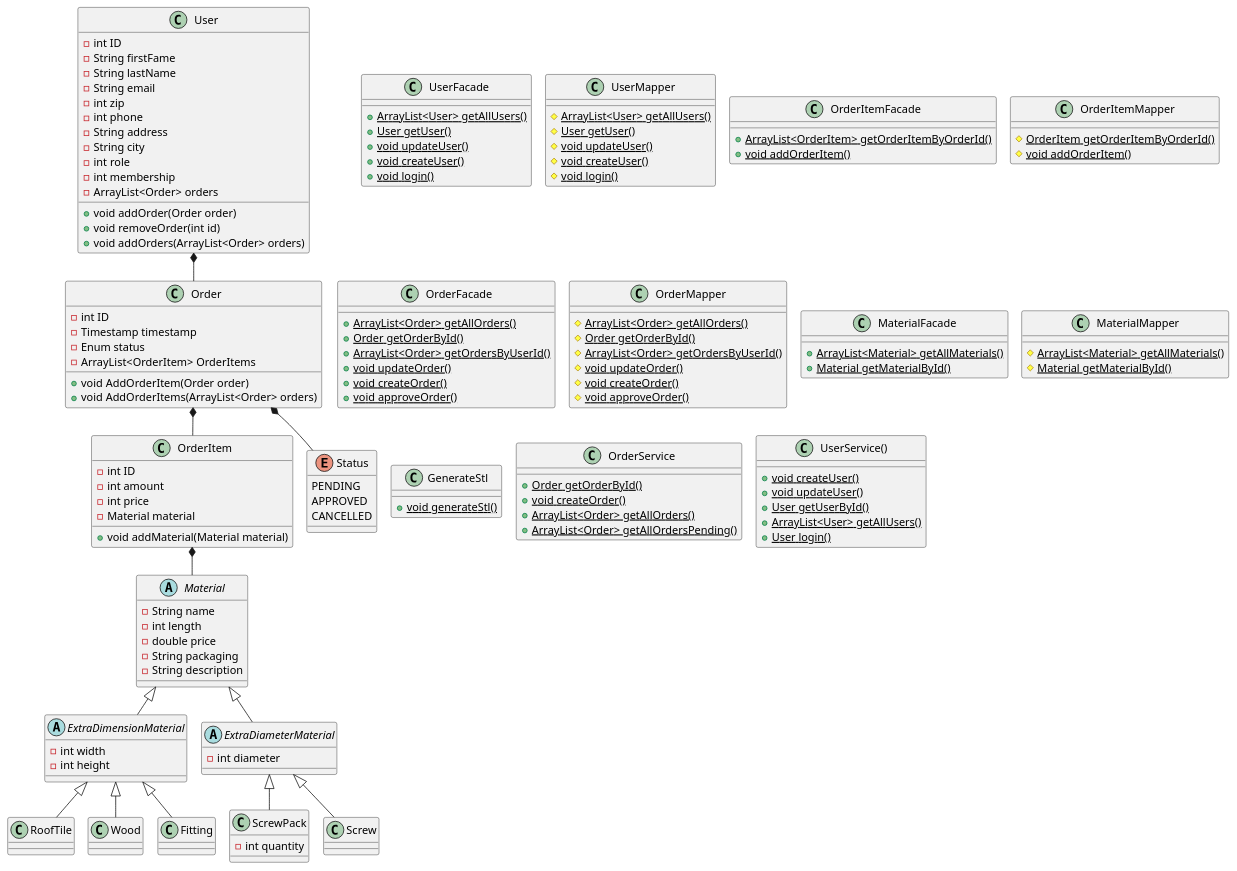
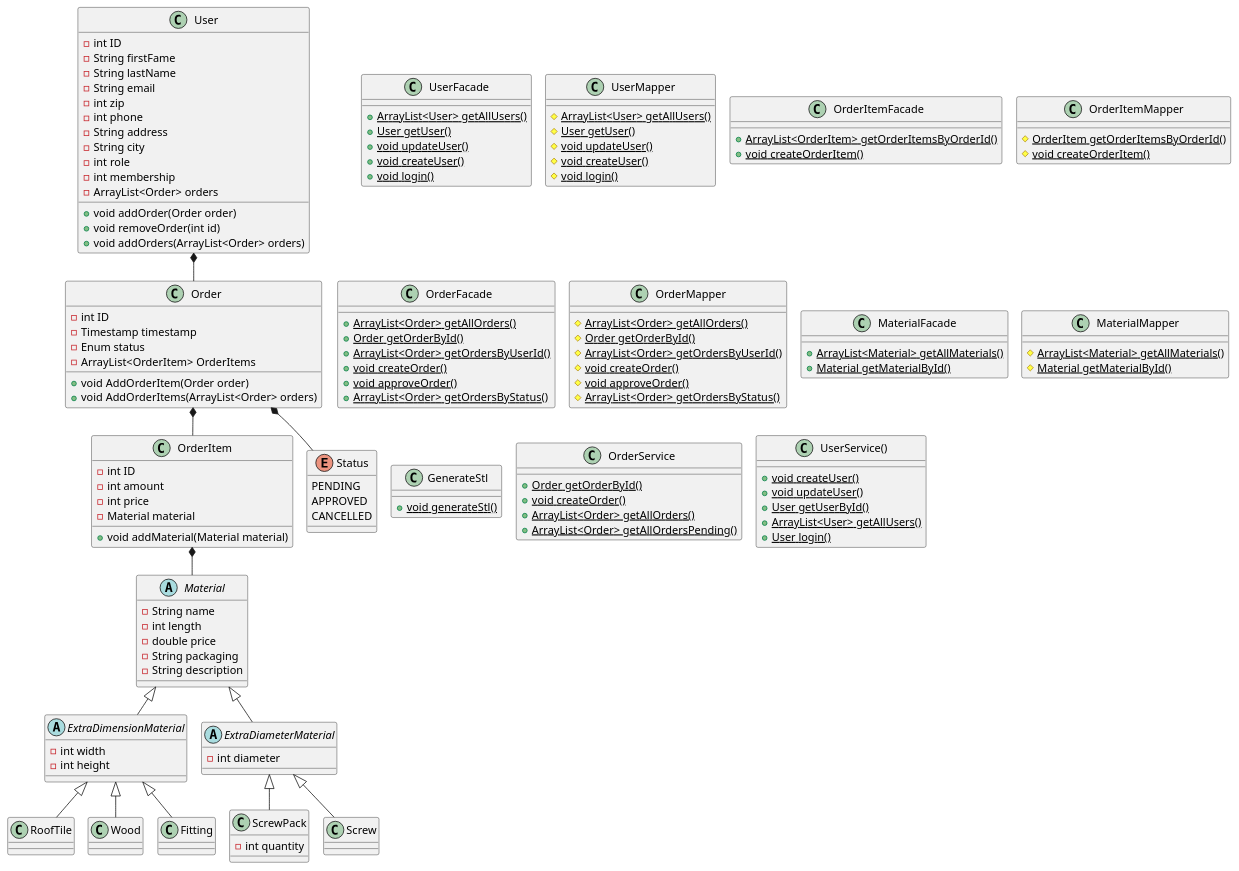
Before and after one commit to HeinLarsen/fog-carport: the diagram in documentation/ClassDiagramV3.puml, drawn with PlantUML. The commit also changed 6 other files, not shown here.

```diff
--- a/documentation/ClassDiagramV3.puml
+++ b/documentation/ClassDiagramV3.puml
@@ -1,165 +1,165 @@
 @startuml
 'https://plantuml.com/class-diagram
 
 !pragma layout smetana
 
 class User {
 - int ID
 - String firstFame
 - String lastName
 - String email
 - int zip
 - int phone
 - String address
 - String city
 - int role
 - int membership
 - ArrayList<Order> orders
 + void addOrder(Order order)
 + void removeOrder(int id)
 + void addOrders(ArrayList<Order> orders)
 }
 
 class UserFacade {
 + {static} ArrayList<User> getAllUsers()
 + {static} User getUser()
 + {static} void updateUser()
 + {static} void createUser()
 + {static} void login()
 }
 
 class UserMapper {
 # {static} ArrayList<User> getAllUsers()
 # {static} User getUser()
 # {static} void updateUser()
 # {static} void createUser()
 # {static} void login()
 }
 
 class OrderItem {
 - int ID
 - int amount
 - int price
 - Material material
 + void addMaterial(Material material)
 }
 
 class OrderItemFacade {
-+ {static} ArrayList<OrderItem> getOrderItemByOrderId()
-+ {static} void addOrderItem()
++ {static} ArrayList<OrderItem> getOrderItemsByOrderId()
++ {static} void createOrderItem()
 }
 
 class OrderItemMapper {
-# {static} OrderItem getOrderItemByOrderId()
-# {static} void addOrderItem()
+# {static} OrderItem getOrderItemsByOrderId()
+# {static} void createOrderItem()
 }
 
 class Order {
 - int ID
 - Timestamp timestamp
 - Enum status
 - ArrayList<OrderItem> OrderItems
 + void AddOrderItem(Order order)
 + void AddOrderItems(ArrayList<Order> orders)
 }
 
 class OrderFacade {
 + {static} ArrayList<Order> getAllOrders()
 + {static} Order getOrderById()
 + {static} ArrayList<Order> getOrdersByUserId()
-+ {static} void updateOrder()
 + {static} void createOrder()
 + {static} void approveOrder()
++ {static} ArrayList<Order> getOrdersByStatus()
 }
 
 class OrderMapper {
 # {static} ArrayList<Order> getAllOrders()
 # {static} Order getOrderById()
 # {static} ArrayList<Order> getOrdersByUserId()
-# {static} void updateOrder()
 # {static} void createOrder()
 # {static} void approveOrder()
+# {static} ArrayList<Order> getOrdersByStatus()
 }
 
 class MaterialFacade {
 + {static} ArrayList<Material> getAllMaterials()
 + {static} Material getMaterialById()
 }
 
 class MaterialMapper {
 # {static} ArrayList<Material> getAllMaterials()
 # {static} Material getMaterialById()
 }
 
 class GenerateStl {
 + {static} void generateStl()
 }
 
 class OrderService {
 + {static} Order getOrderById()
 + {static} void createOrder()
 + {static} ArrayList<Order> getAllOrders()
 + {static} ArrayList<Order> getAllOrdersPending()
 }
 
 class UserService() {
 + {static} void createUser()
 + {static} void updateUser()
 + {static} User getUserById()
 + {static} ArrayList<User> getAllUsers()
 + {static} User login()
 }
 
 abstract class Material {
 - String name
 - int length
 - double price
 - String packaging
 - String description
 }
 
 abstract class ExtraDimensionMaterial {
 - int width
 - int height
 }
 
 class RoofTile {
 }
 
 class Wood {
 }
 
 class Fitting {
 }
 
 abstract class ExtraDiameterMaterial {
 - int diameter
 }
 
 class ScrewPack {
 - int quantity
 }
 
 class Screw {
 }
 
 Enum Status {
     PENDING
     APPROVED
     CANCELLED
 }
 
 Material <|-- ExtraDimensionMaterial
 ExtraDimensionMaterial <|-- RoofTile
 ExtraDimensionMaterial <|-- Wood
 ExtraDimensionMaterial <|-- Fitting
 Material <|-- ExtraDiameterMaterial
 ExtraDiameterMaterial <|-- ScrewPack
 ExtraDiameterMaterial <|-- Screw
 
 Order *-- OrderItem
 OrderItem *-- Material
 Order *-- Status
 User *-- Order
 
 @enduml
```
